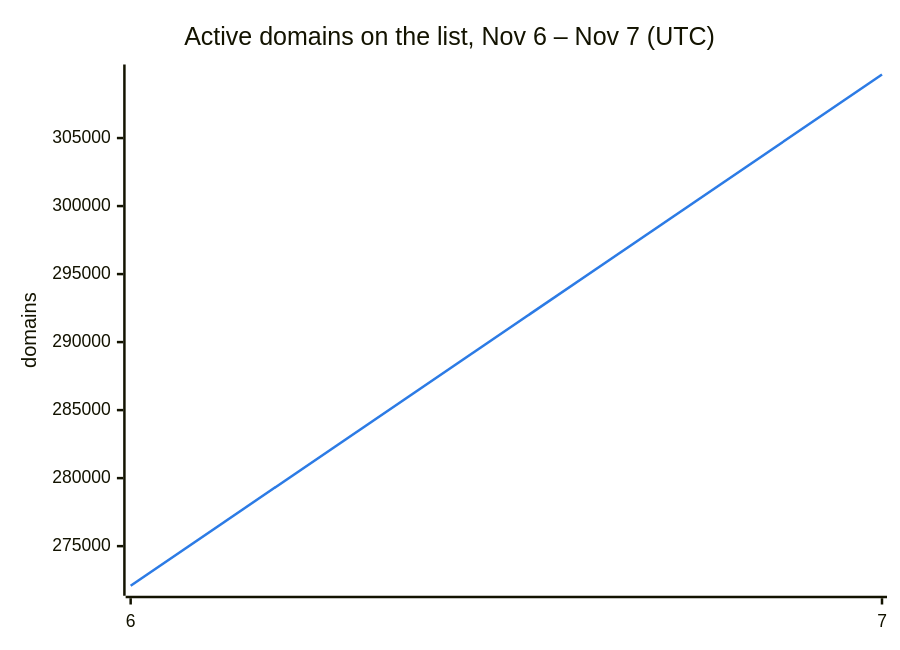
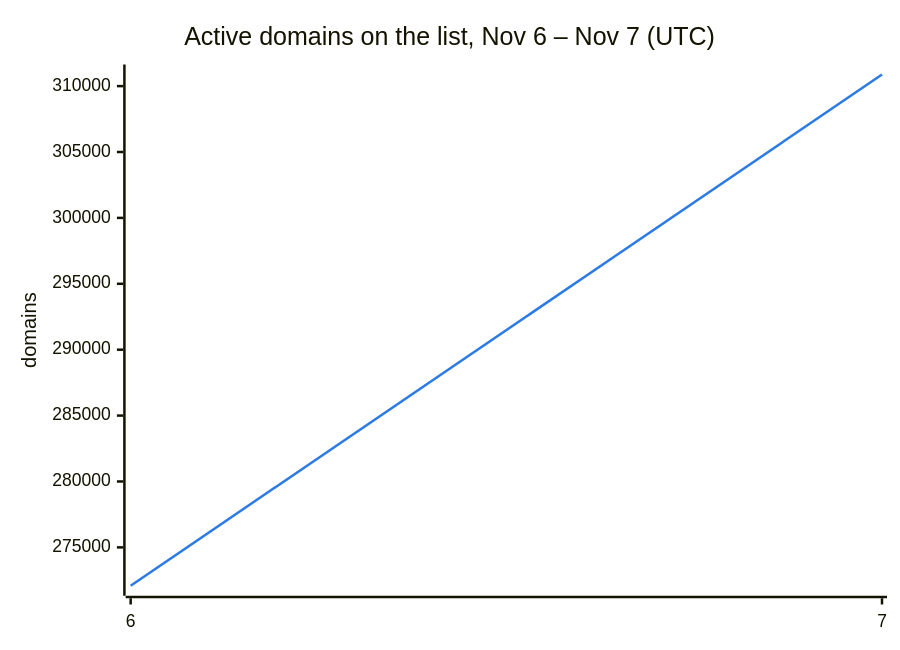
The second of 3 diagrams in README.md (DNSBunker/CTI), drawn with Mermaid before and after one commit. The commit also changed other lines of this file and 3 other files, not shown here.

````diff
--- a/README.md
+++ b/README.md
@@ -38,8 +38,8 @@
 ```mermaid
 %%{init: {"themeVariables": {"xyChart": {"plotColorPalette": "#2c7be5"}}}}%%
 xychart-beta
     title "Active domains on the list, Nov 6 – Nov 7 (UTC)"
     x-axis ["6", "7"]
     y-axis "domains"
-    line [272088, 309672]
+    line [272088, 310881]
 ```
````
